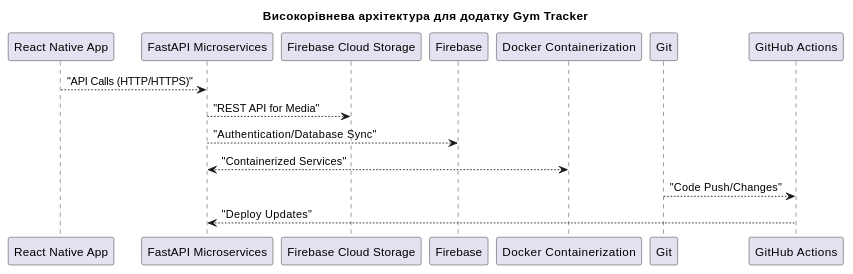
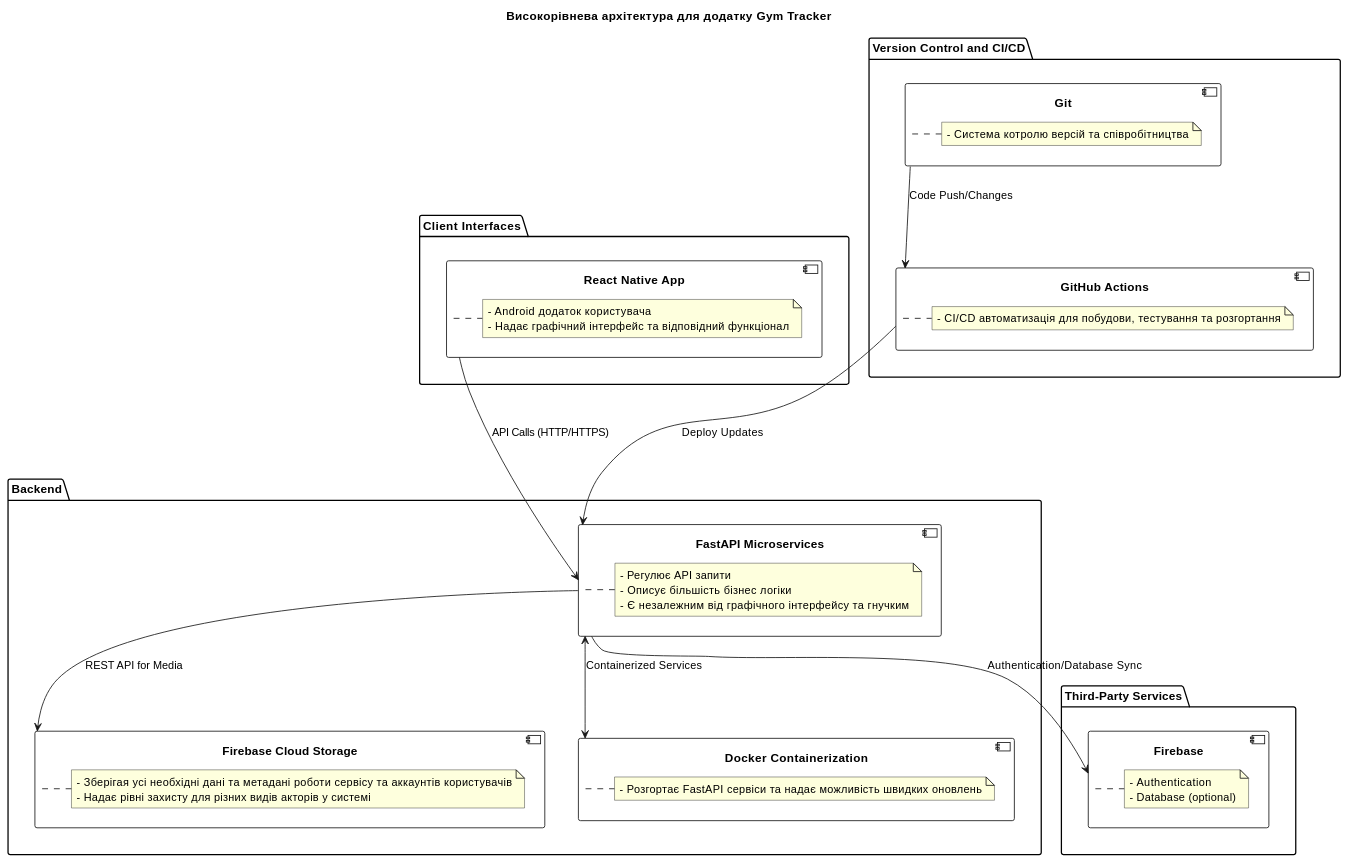
The diagram in docs/high-level.md (nonGratis/Gym-Assistant), drawn with PlantUML before and after one commit.

Commit message:
add details to high level structure

```diff
--- a/docs/high-level.md
+++ b/docs/high-level.md
@@ -1,12 +1,62 @@
 @startuml
 title Високорівнева архітектура для додатку Gym Tracker
 
+package "Client Interfaces" {
+    component "React Native App" {
+        note right of "React Native App"
+            - Android додаток користувача 
+            - Надає графічний інтерфейс та відповідний функціонал
+        end note
+    }
+}
 
+package "Backend" {
+    component "FastAPI Microservices" {
+        note right of "FastAPI Microservices"
+            - Регулює API запити
+            - Описує більшість бізнес логіки
+            - Є незалежним від графічного інтерфейсу та гнучким
+        end note
+    }
+    component "Firebase Cloud Storage" {
+        note right of "Firebase Cloud Storage"
+            - Зберігая усі необхідні дані та метадані роботи сервісу та аккаунтів користувачів
+            - Надає рівні захисту для різних видів акторів у системі
+        end note
+    }
+    component "Docker Containerization" {
+        note right of "Docker Containerization"
+            - Розгортає FastAPI сервіси та надає можливість швидких оновлень
+        end note
+    }
+}
 
-"React Native App" --> "FastAPI Microservices" : "API Calls (HTTP/HTTPS)"
+package "Version Control and CI/CD" {
+    component "Git" {
+        note right of "Git"
+            - Система котролю версій та співробітництва
+        end note
+    }
+    component "GitHub Actions" {
+        note right of "GitHub Actions"
+            - CI/CD автоматизація для побудови, тестування та розгортання
+        end note
+    }
+}
+
+package "Third-Party Services" {
+    component "Firebase" {
+        note right of "Firebase"
+            - Authentication
+            - Database (optional)
+        end note
+    }
+}
+
+"React Native App" ---> "FastAPI Microservices" : "API Calls (HTTP/HTTPS)"
 "FastAPI Microservices" --> "Firebase Cloud Storage" : "REST API for Media"
 "FastAPI Microservices" --> "Firebase" : "Authentication/Database Sync"
 "FastAPI Microservices" <--> "Docker Containerization" : "Containerized Services"
 "Git" --> "GitHub Actions" : "Code Push/Changes"
-"GitHub Actions" --> "FastAPI Microservices" : "Deploy Updates"
+"GitHub Actions" ---> "FastAPI Microservices" : "Deploy Updates"
 @enduml
```
